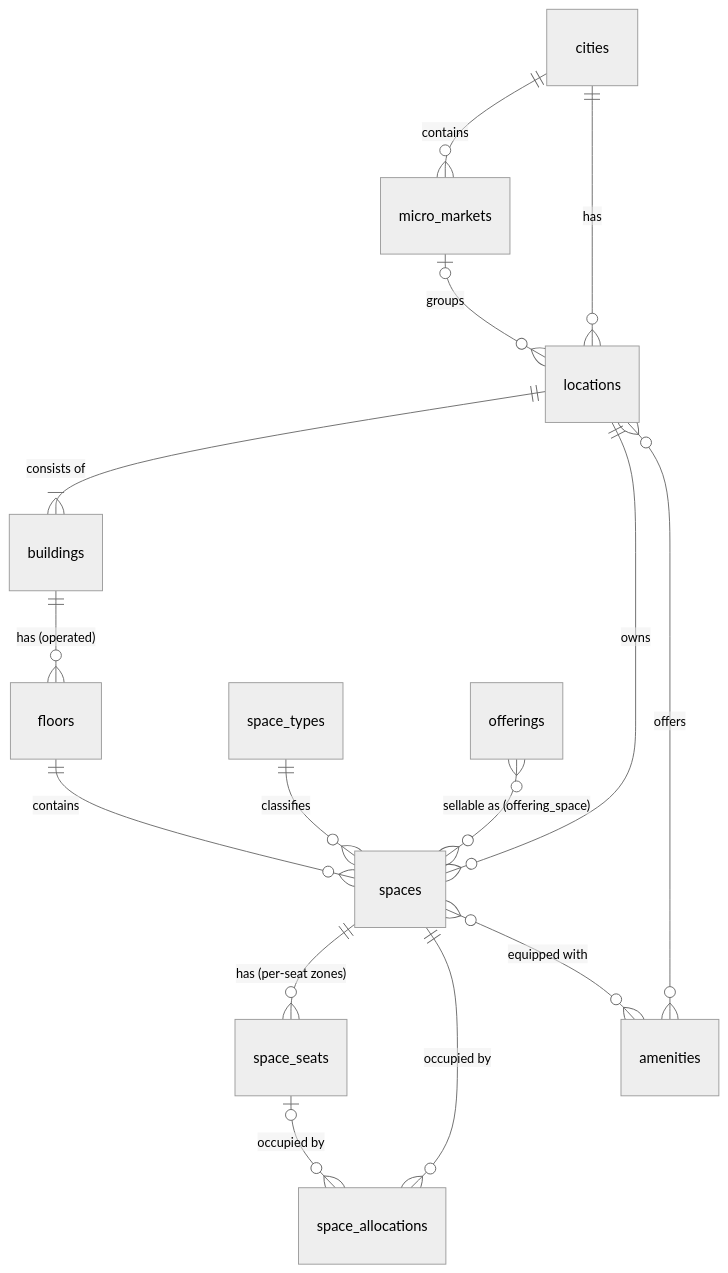
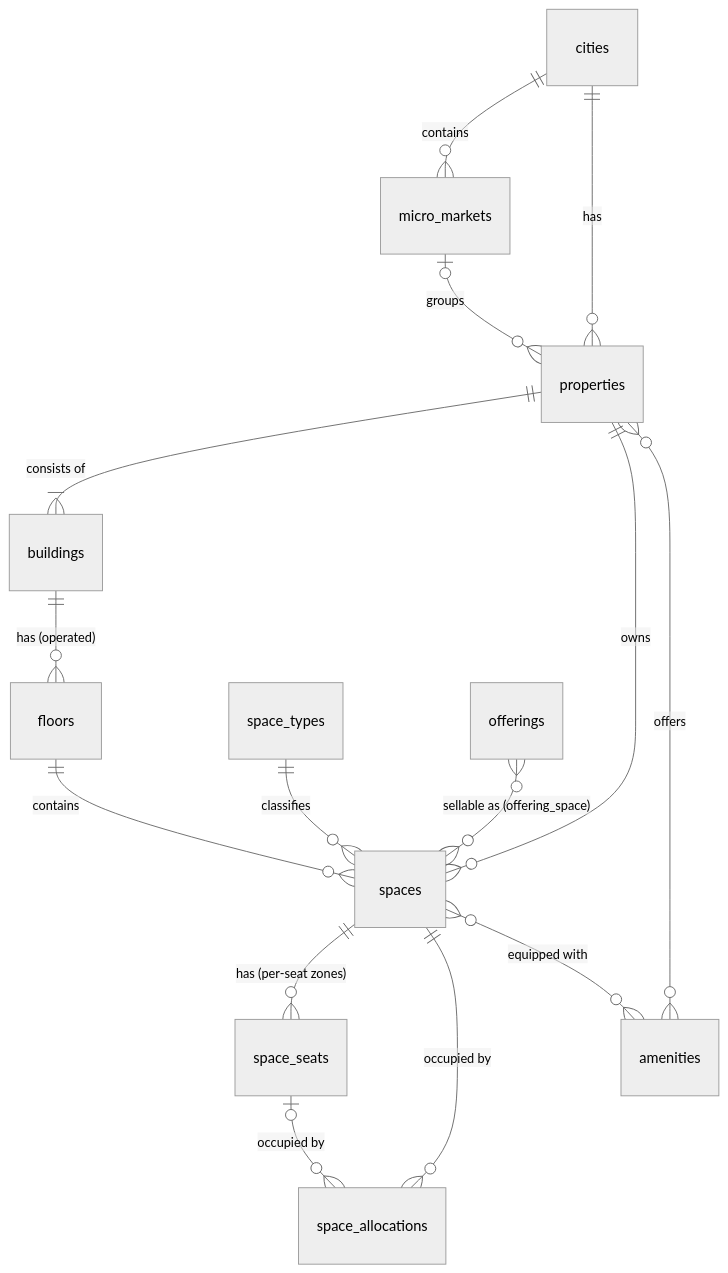
One commit to ErSuryaPrakashChamoli/smartgo changed the second of 6 diagrams in docs/architecture/DATABASE_ERD.md. Above: the diagram before and after it, drawn with Mermaid (neutral theme). The commit also changed other lines of this file and 26 other files, not shown here.

````diff
--- a/docs/architecture/DATABASE_ERD.md
+++ b/docs/architecture/DATABASE_ERD.md
@@ -97,17 +97,17 @@
 ```mermaid
 erDiagram
   cities ||--o{ micro_markets : contains
-  cities ||--o{ locations : "has"
-  micro_markets |o--o{ locations : "groups"
-  locations ||--|{ buildings : "consists of"
+  cities ||--o{ properties : "has"
+  micro_markets |o--o{ properties : "groups"
+  properties ||--|{ buildings : "consists of"
   buildings ||--o{ floors : "has (operated)"
-  locations ||--o{ spaces : owns
+  properties ||--o{ spaces : owns
   floors ||--o{ spaces : contains
   space_types ||--o{ spaces : classifies
   spaces ||--o{ space_seats : "has (per-seat zones)"
   spaces ||--o{ space_allocations : "occupied by"
   space_seats |o--o{ space_allocations : "occupied by"
   spaces }o--o{ amenities : "equipped with"
-  locations }o--o{ amenities : offers
+  properties }o--o{ amenities : offers
   offerings }o--o{ spaces : "sellable as (offering_space)"
 ```
````
